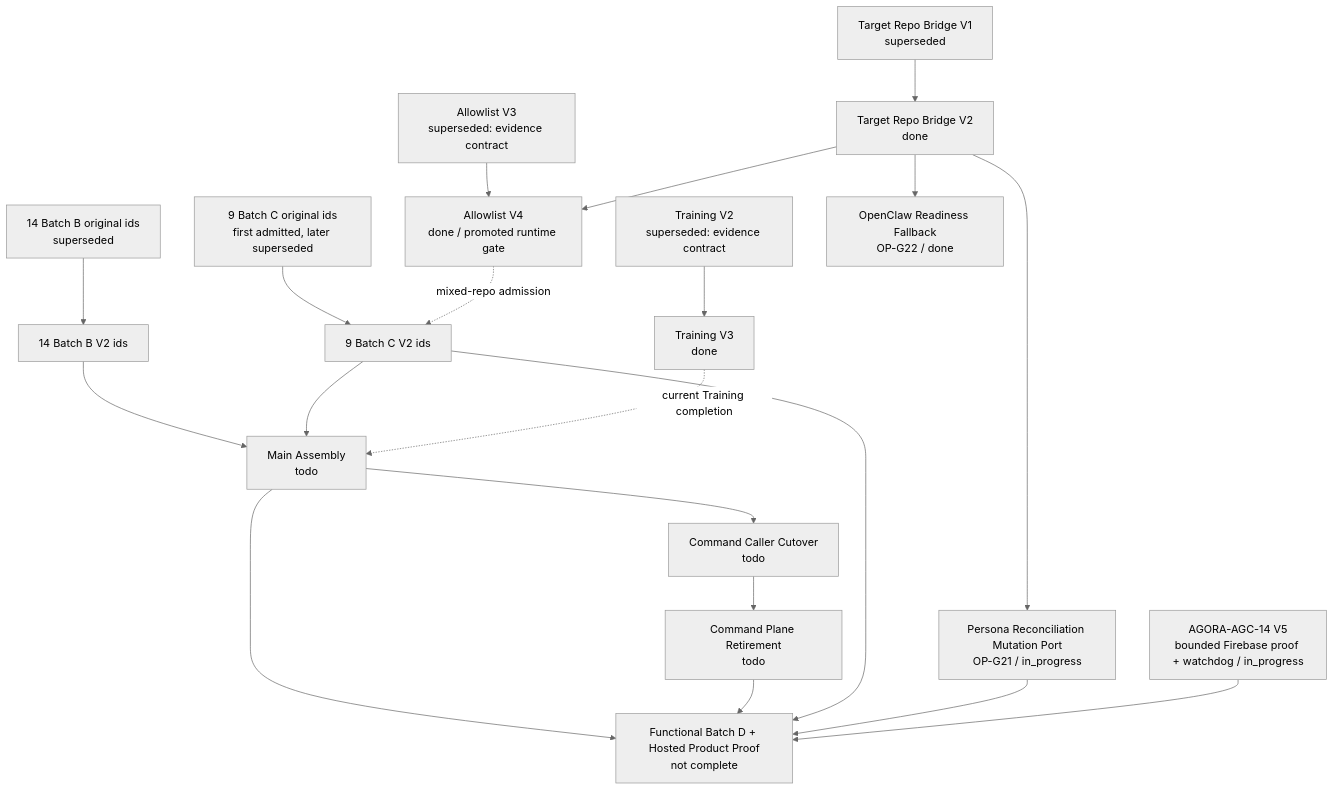
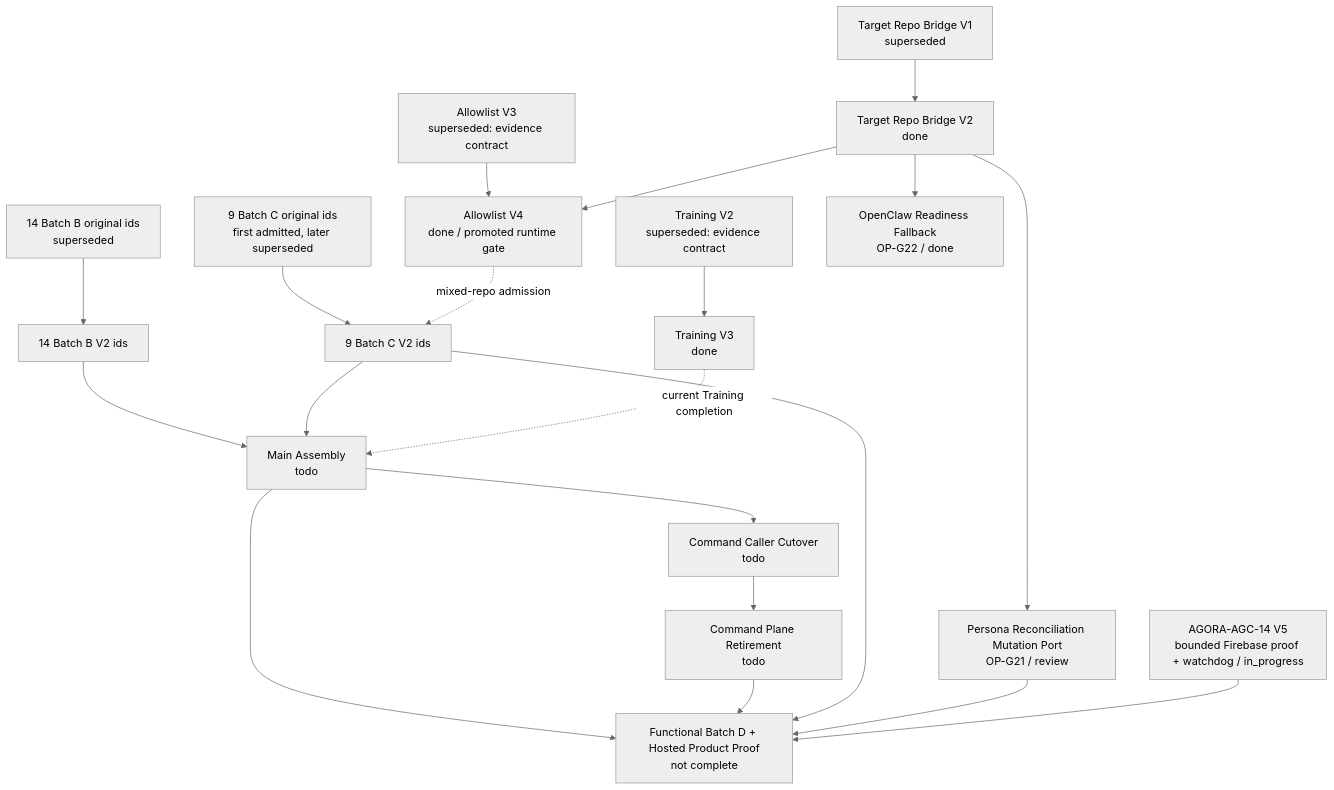
One commit to ajoe734/pantheon changed the second of 2 diagrams in docs/04/pantheon_full_product_operation_audit_2026-08-29/EXECUTION_DAG_2026-08-30.md. Above: the diagram before and after it, drawn with Mermaid (neutral theme). The commit also changed other lines of this file and 5 other files, not shown here.

````diff
--- a/docs/04/pantheon_full_product_operation_audit_2026-08-29/EXECUTION_DAG_2026-08-30.md
+++ b/docs/04/pantheon_full_product_operation_audit_2026-08-29/EXECUTION_DAG_2026-08-30.md
@@ -112,26 +112,26 @@
 ```mermaid
 graph TD
     BRIDGE1[Target Repo Bridge V1<br/>superseded] --> BRIDGE2[Target Repo Bridge V2<br/>done]
     ALLOW3[Allowlist V3<br/>superseded: evidence contract] --> ALLOW4[Allowlist V4<br/>done / promoted runtime gate]
     BRIDGE2 --> ALLOW4
 
     B_ORIG[14 Batch B original ids<br/>superseded] --> B_V2[14 Batch B V2 ids]
     C_ORIG[9 Batch C original ids<br/>first admitted, later superseded] --> C_V2[9 Batch C V2 ids]
     TRN2[Training V2<br/>superseded: evidence contract] --> TRN3[Training V3<br/>done]
     ALLOW4 -. mixed-repo admission .-> C_V2
 
     B_V2 --> MAIN2[Main Assembly<br/>todo]
     C_V2 --> MAIN2
     TRN3 -. current Training completion .-> MAIN2
     MAIN2 --> CALLER2[Command Caller Cutover<br/>todo]
     CALLER2 --> RETIRE2[Command Plane Retirement<br/>todo]
 
-    BRIDGE2 --> PERSONA_MUT[Persona Reconciliation Mutation Port<br/>OP-G21 / in_progress]
+    BRIDGE2 --> PERSONA_MUT[Persona Reconciliation Mutation Port<br/>OP-G21 / review]
     BRIDGE2 --> OCLAW[OpenClaw Readiness Fallback<br/>OP-G22 / done]
 
     MAIN2 --> PRODUCT[Functional Batch D + Hosted Product Proof<br/>not complete]
     RETIRE2 --> PRODUCT
     C_V2 --> PRODUCT
     PERSONA_MUT --> PRODUCT
     AGC14[AGORA-AGC-14 V5<br/>bounded Firebase proof + watchdog / in_progress] --> PRODUCT
 ```
````
